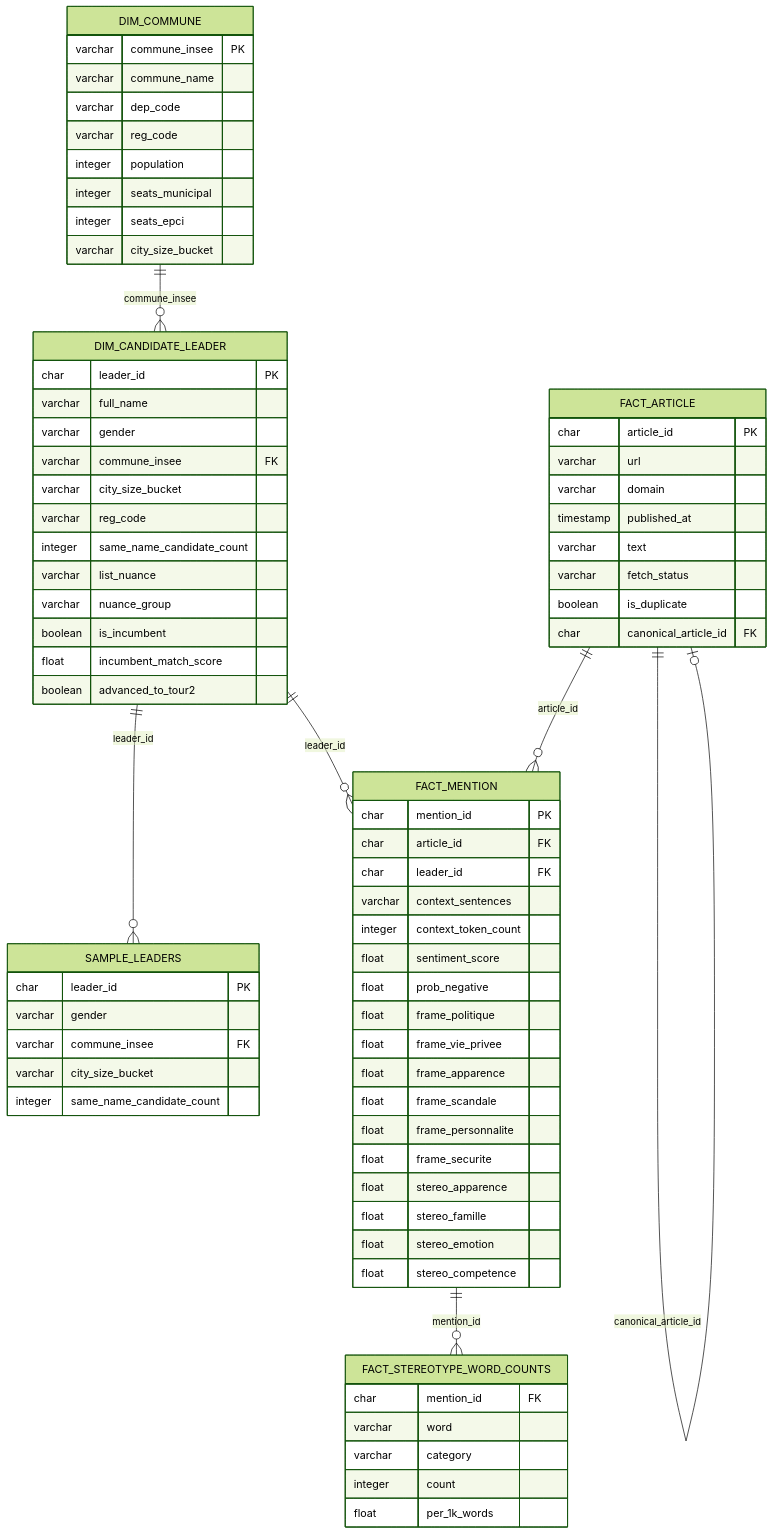
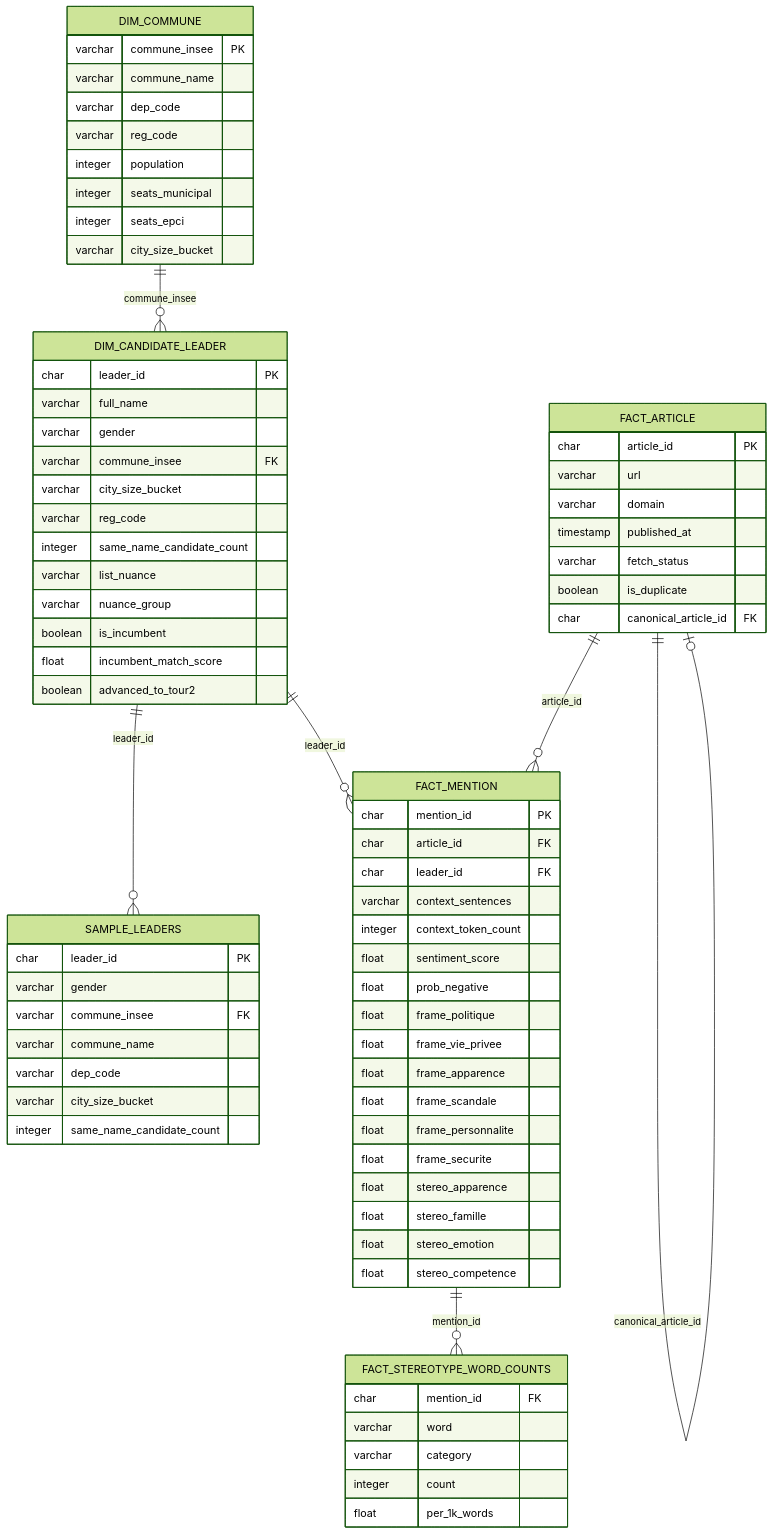
The second of 2 diagrams in docs/architecture.md (cchoooots98/election-gender-bias_D4W), drawn with Mermaid (forest theme) before and after one commit. The commit also changed 6 other files, not shown here.

```diff
--- a/docs/architecture.md
+++ b/docs/architecture.md
@@ -128,6 +128,8 @@
         char    leader_id PK
         varchar gender
         varchar commune_insee FK
+        varchar commune_name
+        varchar dep_code
         varchar city_size_bucket
         integer same_name_candidate_count
     }
@@ -137,7 +139,6 @@
         varchar   url
         varchar   domain
         timestamp published_at
-        varchar   text
         varchar   fetch_status
         boolean   is_duplicate
         char      canonical_article_id FK
```
